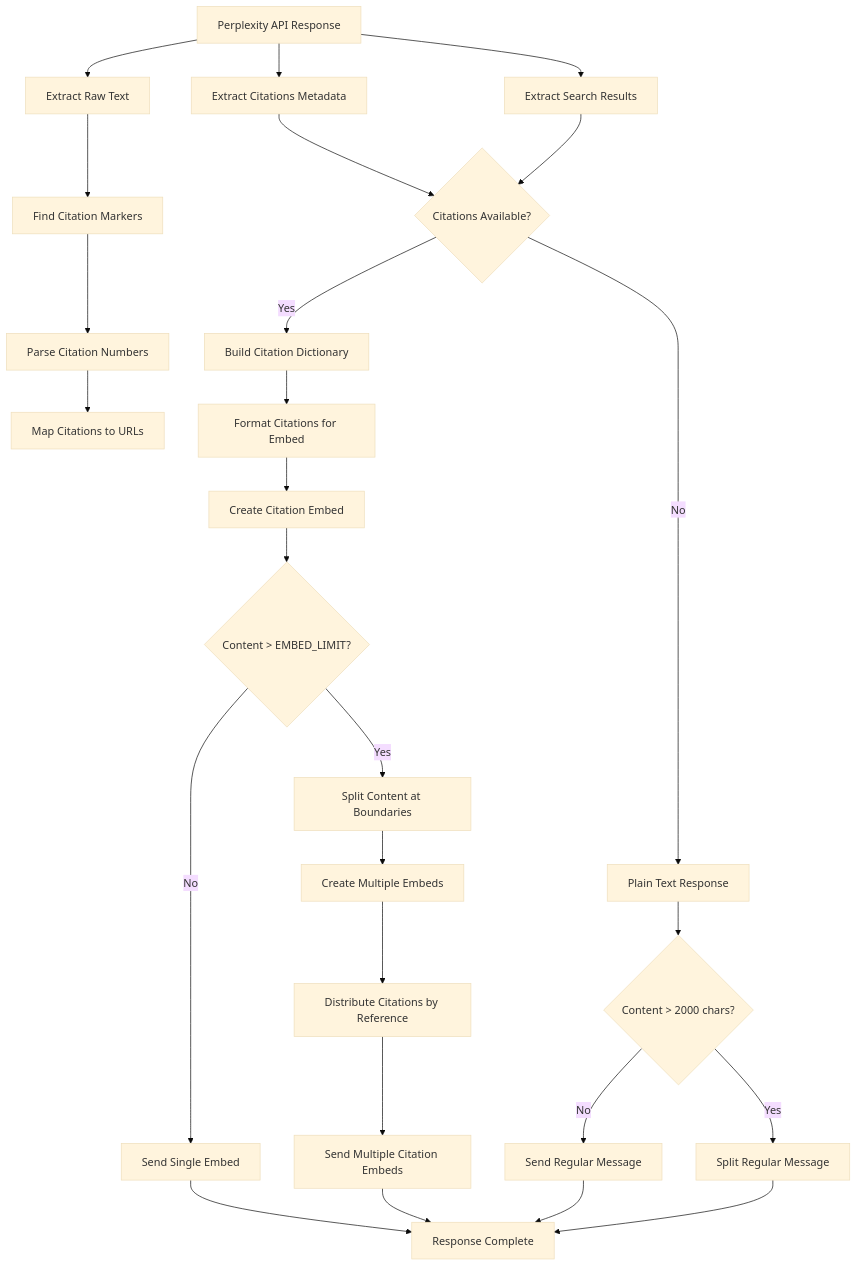
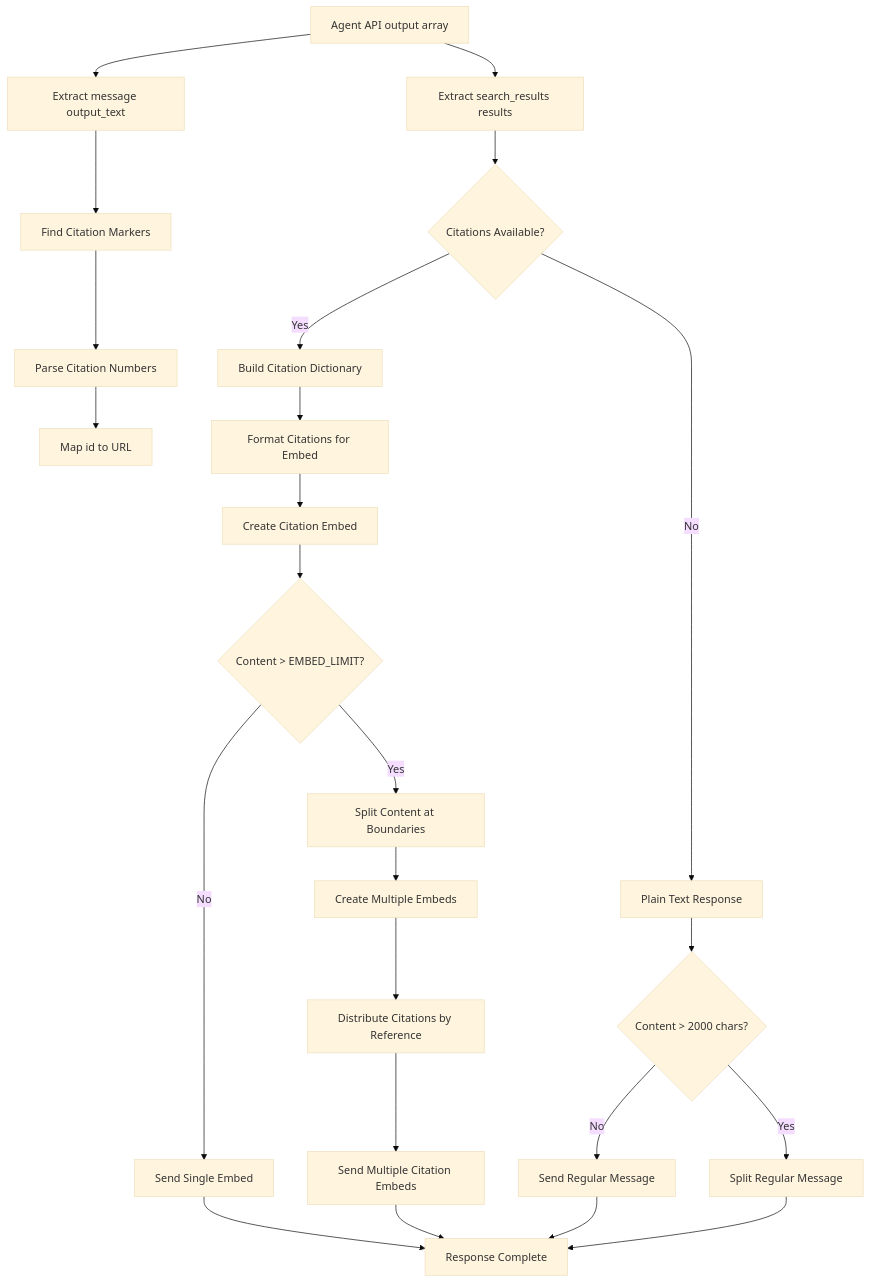
The diagram in docs/Perplexity.md (johndotpub/DiscordianAI), drawn with Mermaid (base theme) before and after one commit. The commit also changed other lines of this file and 36 other files, not shown here.

````diff
--- a/docs/Perplexity.md
+++ b/docs/Perplexity.md
@@ -94,34 +117,32 @@
 ```mermaid
 flowchart TD
-    A[Perplexity API Response] --> B[Extract Raw Text]
-    A --> C[Extract Citations Metadata]
-    A --> D[Extract Search Results]
+    A[Agent API output array] --> B[Extract message output_text]
+    A --> D[Extract search_results results]
     
     B --> E[Find Citation Markers]
     E --> F[Parse Citation Numbers]
-    F --> G[Map Citations to URLs]
+    F --> G[Map id to URL]
     
-    C --> H{Citations Available?}
-    D --> H
+    D --> H{Citations Available?}
     H -->|Yes| I[Build Citation Dictionary]
     H -->|No| J[Plain Text Response]
     
     I --> K[Format Citations for Embed]
     K --> L[Create Citation Embed]
     L --> M{Content > EMBED_LIMIT?}
     
     M -->|No| N[Send Single Embed]
     M -->|Yes| O[Split Content at Boundaries]
     O --> P[Create Multiple Embeds]
     P --> Q[Distribute Citations by Reference]
     Q --> R[Send Multiple Citation Embeds]
     
     J --> S{Content > 2000 chars?}
     S -->|No| T[Send Regular Message]
     S -->|Yes| U[Split Regular Message]
     
     N --> V[Response Complete]
     R --> V
     T --> V
     U --> V
 ```
````
